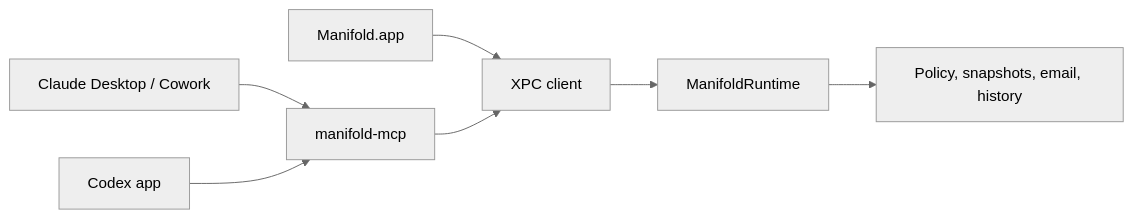
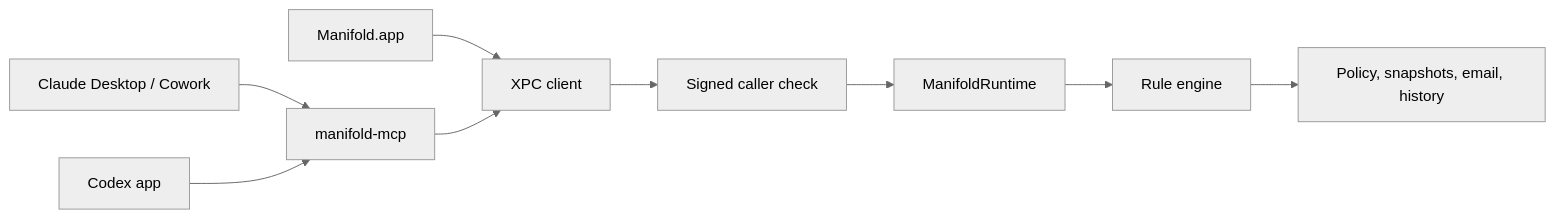
Before and after one commit to Spatial-Duality/Manifold: the diagram in README.md, drawn with Mermaid (neutral theme). The commit also changed other lines of this file and 9 other files, not shown here.

````diff
--- a/README.md
+++ b/README.md
@@ -58,9 +61,11 @@
 ```mermaid
 flowchart LR
     A["Claude Desktop / Cowork"] --> M["manifold-mcp"]
     B["Codex app"] --> M
     U["Manifold.app"] --> X["XPC client"]
     M --> X
-    X --> R["ManifoldRuntime"]
-    R --> S["Policy, snapshots, email, history"]
+    X --> V["Signed caller check"]
+    V --> R["ManifoldRuntime"]
+    R --> E["Rule engine"]
+    E --> S["Policy, snapshots, email, history"]
 ```
````
